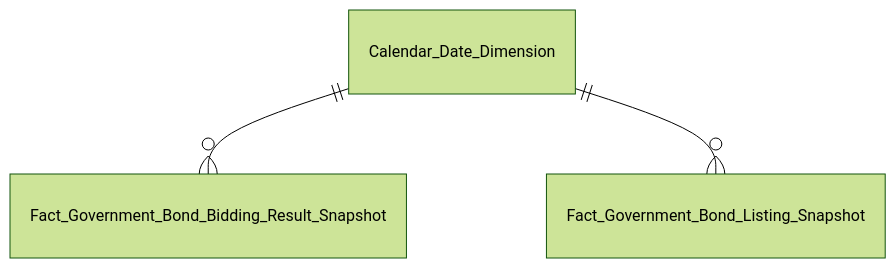
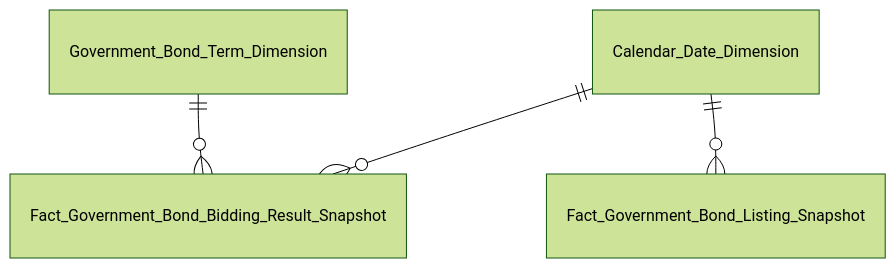
Before and after one commit to linhlvit/ubck_atomic_design: diagram 18 of 40 in Datamart/hld/DTM_VP_Entities.md, drawn with Mermaid (forest theme). The commit also changed other lines of this file and 21 other files, not shown here.

Commit message:
feat(tknb): chuyen HNX06 sang star schema, gop 6 bao cao EAV vao item_value va dong bo flat tables, model va LLD

````diff
--- a/Datamart/hld/DTM_VP_Entities.md
+++ b/Datamart/hld/DTM_VP_Entities.md
@@ -285,5 +285,6 @@
 ```mermaid
 erDiagram
     Calendar_Date_Dimension ||--o{ Fact_Government_Bond_Bidding_Result_Snapshot : " "
+    Government_Bond_Term_Dimension ||--o{ Fact_Government_Bond_Bidding_Result_Snapshot : " "
     Calendar_Date_Dimension ||--o{ Fact_Government_Bond_Listing_Snapshot : " "
 ```
````
